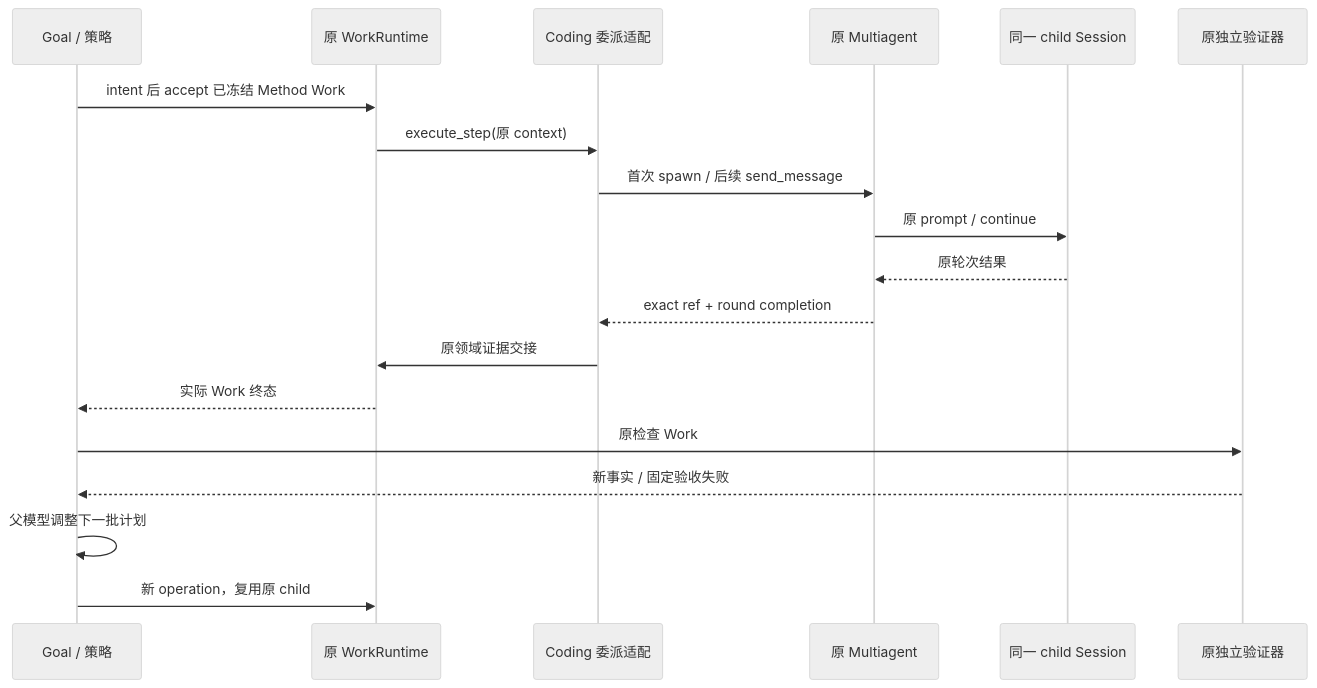
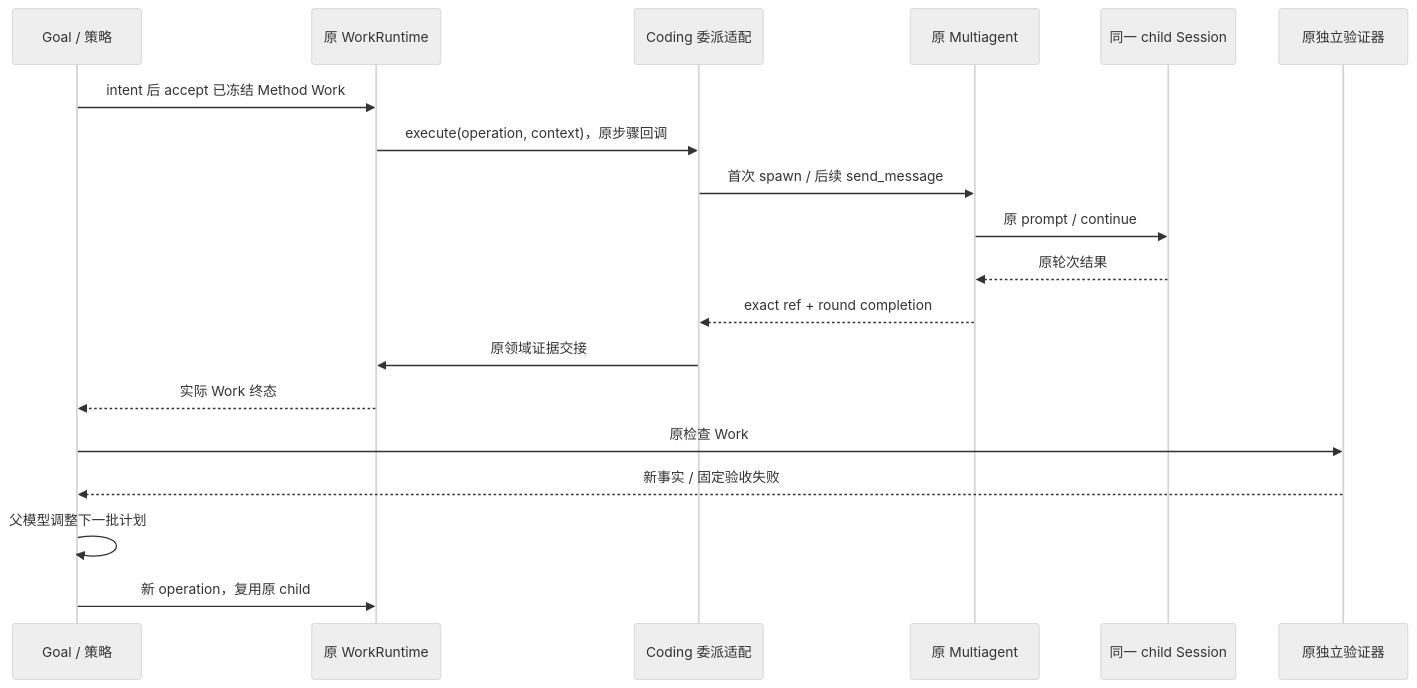
Before and after one commit to zhnt/loushang: the second of 2 diagrams in docs/internals/architecture/goal-method-work/delegated-session-execution.md, drawn with Mermaid (neutral theme). The commit also changed other lines of this file, not shown here.

````diff
--- a/docs/internals/architecture/goal-method-work/delegated-session-execution.md
+++ b/docs/internals/architecture/goal-method-work/delegated-session-execution.md
@@ -77,21 +79,21 @@
 ```mermaid
 sequenceDiagram
   participant G as Goal / 策略
   participant W as 原 WorkRuntime
   participant D as Coding 委派适配
   participant A as 原 Multiagent
   participant C as 同一 child Session
   participant V as 原独立验证器
   G->>W: intent 后 accept 已冻结 Method Work
-  W->>D: execute_step(原 context)
+  W->>D: execute(operation, context)，原步骤回调
   D->>A: 首次 spawn / 后续 send_message
   A->>C: 原 prompt / continue
   C-->>A: 原轮次结果
   A-->>D: exact ref + round completion
   D->>W: 原领域证据交接
   W-->>G: 实际 Work 终态
   G->>V: 原检查 Work
   V-->>G: 新事实 / 固定验收失败
   G->>G: 父模型调整下一批计划
   G->>W: 新 operation，复用原 child
 ```
````
